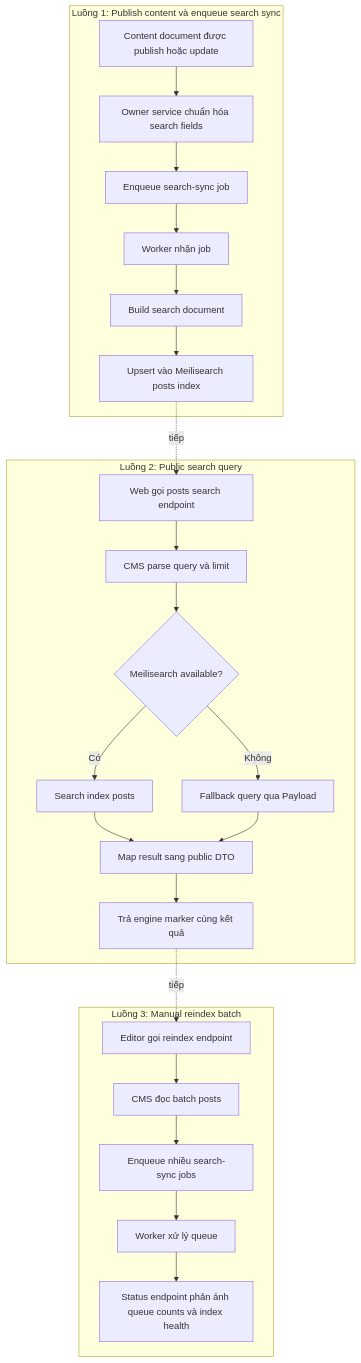
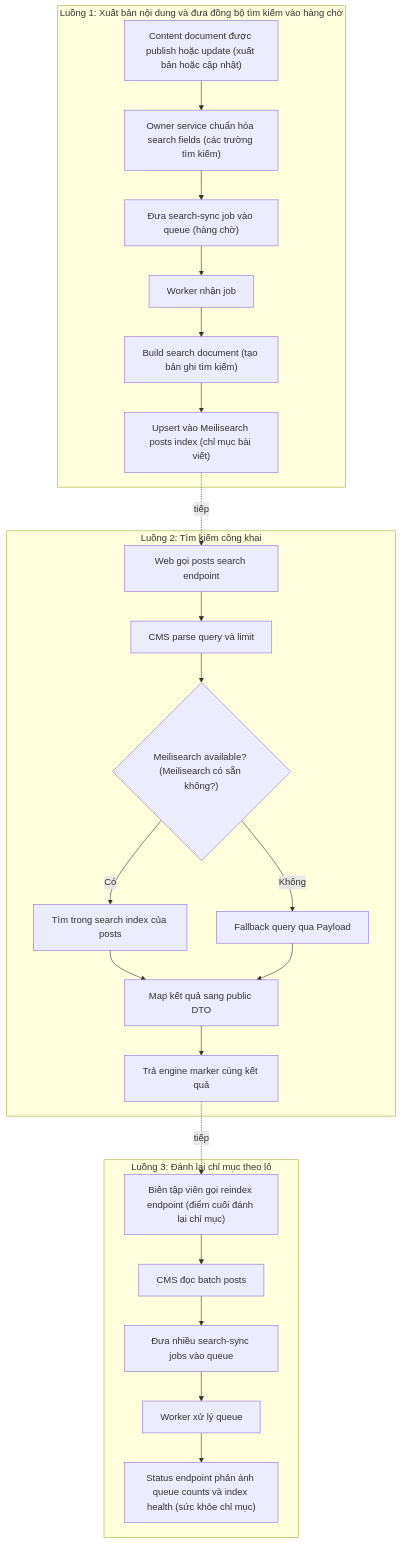
One commit to QuyenVjp/PMTL_VN changed the diagram in design/05-search/flows.mmd. Above: the diagram before and after it, drawn with Mermaid. The commit also changed 52 other files, not shown here.

```diff
--- a/design/05-search/flows.mmd
+++ b/design/05-search/flows.mmd
@@ -1,28 +1,28 @@
 flowchart TD
-    subgraph Flow1 ["Luồng 1: Publish content và enqueue search sync"]
-        S1A["Content document được publish hoặc update"] --> S1B["Owner service chuẩn hóa search fields"]
-        S1B --> S1C["Enqueue search-sync job"]
+    subgraph Flow1 ["Luồng 1: Xuất bản nội dung và đưa đồng bộ tìm kiếm vào hàng chờ"]
+        S1A["Content document được publish hoặc update (xuất bản hoặc cập nhật)"] --> S1B["Owner service chuẩn hóa search fields (các trường tìm kiếm)"]
+        S1B --> S1C["Đưa search-sync job vào queue (hàng chờ)"]
         S1C --> S1D["Worker nhận job"]
-        S1D --> S1E["Build search document"]
-        S1E --> S1F["Upsert vào Meilisearch posts index"]
+        S1D --> S1E["Build search document (tạo bản ghi tìm kiếm)"]
+        S1E --> S1F["Upsert vào Meilisearch posts index (chỉ mục bài viết)"]
     end
 
-    subgraph Flow2 ["Luồng 2: Public search query"]
+    subgraph Flow2 ["Luồng 2: Tìm kiếm công khai"]
         S2A["Web gọi posts search endpoint"] --> S2B["CMS parse query và limit"]
-        S2B --> S2C{"Meilisearch available?"}
-        S2C -->|"Có"| S2D["Search index posts"]
+        S2B --> S2C{"Meilisearch available? (Meilisearch có sẵn không?)"}
+        S2C -->|"Có"| S2D["Tìm trong search index của posts"]
         S2C -->|"Không"| S2E["Fallback query qua Payload"]
-        S2D --> S2F["Map result sang public DTO"]
+        S2D --> S2F["Map kết quả sang public DTO"]
         S2E --> S2F
         S2F --> S2G["Trả engine marker cùng kết quả"]
     end
 
-    subgraph Flow3 ["Luồng 3: Manual reindex batch"]
-        S3A["Editor gọi reindex endpoint"] --> S3B["CMS đọc batch posts"]
-        S3B --> S3C["Enqueue nhiều search-sync jobs"]
+    subgraph Flow3 ["Luồng 3: Đánh lại chỉ mục theo lô"]
+        S3A["Biên tập viên gọi reindex endpoint (điểm cuối đánh lại chỉ mục)"] --> S3B["CMS đọc batch posts"]
+        S3B --> S3C["Đưa nhiều search-sync jobs vào queue"]
         S3C --> S3D["Worker xử lý queue"]
-        S3D --> S3E["Status endpoint phản ánh queue counts và index health"]
+        S3D --> S3E["Status endpoint phản ánh queue counts và index health (sức khỏe chỉ mục)"]
     end
 
     S1F -.->|"tiếp"| S2A
     S2G -.->|"tiếp"| S3A
```
